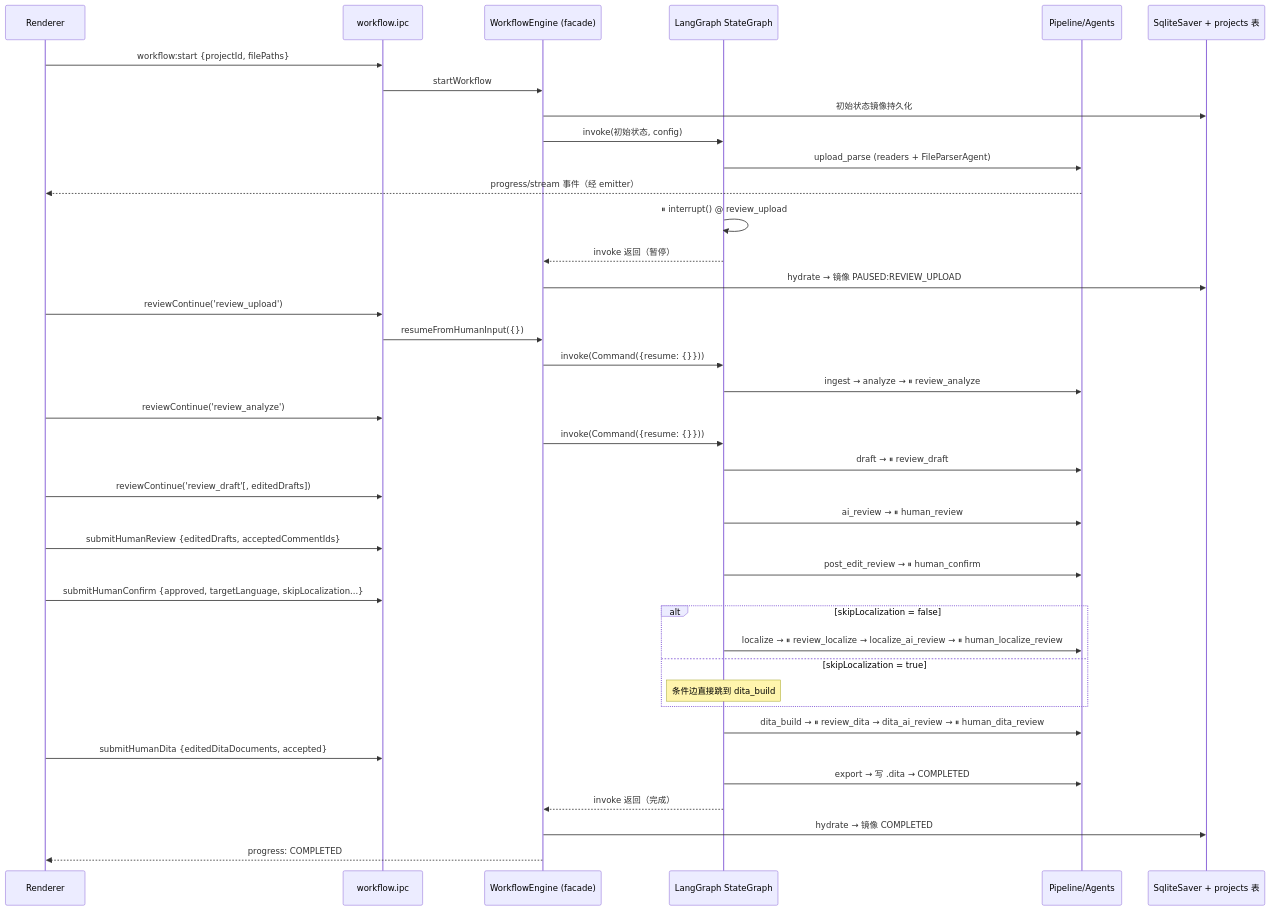
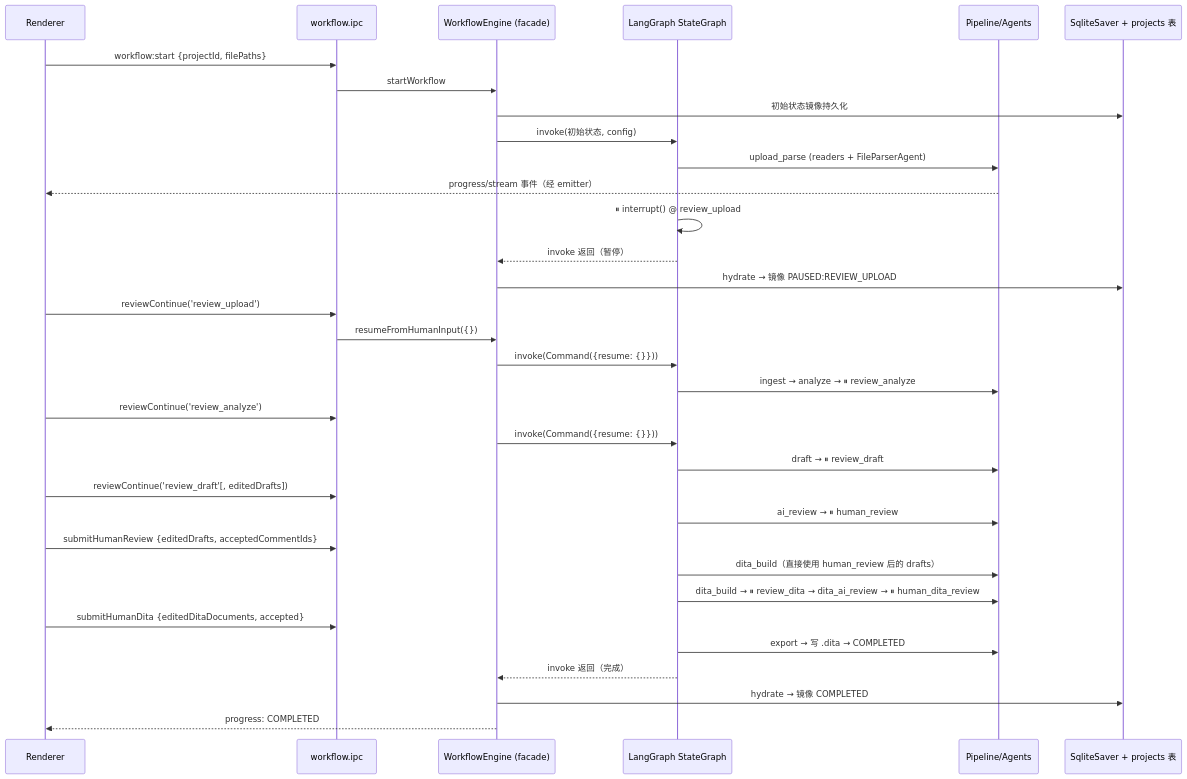
Before and after one commit to lazyloadbox/smart-tech-writter: the third of 3 diagrams in docs/architecture/03-workflow-engine.md, drawn with Mermaid. The commit also changed other lines of this file and 77 other files, not shown here.

````diff
--- a/docs/architecture/03-workflow-engine.md
+++ b/docs/architecture/03-workflow-engine.md
@@ -127,42 +114,36 @@
 ```mermaid
 sequenceDiagram
     participant UI as Renderer
     participant IPC as workflow.ipc
     participant E as WorkflowEngine (facade)
     participant G as LangGraph StateGraph
     participant P as Pipeline/Agents
     participant DB as SqliteSaver + projects 表
 
     UI->>IPC: workflow:start {projectId, filePaths}
     IPC->>E: startWorkflow
     E->>DB: 初始状态镜像持久化
     E->>G: invoke(初始状态, config)
     G->>P: upload_parse (readers + FileParserAgent)
     P-->>UI: progress/stream 事件（经 emitter）
     G->>G: ⏸ interrupt() @ review_upload
     G-->>E: invoke 返回（暂停）
     E->>DB: hydrate → 镜像 PAUSED:REVIEW_UPLOAD
     UI->>IPC: reviewContinue('review_upload')
     IPC->>E: resumeFromHumanInput({})
     E->>G: invoke(Command({resume: {}}))
     G->>P: ingest → analyze → ⏸ review_analyze
     UI->>IPC: reviewContinue('review_analyze')
     E->>G: invoke(Command({resume: {}}))
     G->>P: draft → ⏸ review_draft
     UI->>IPC: reviewContinue('review_draft'[, editedDrafts])
     G->>P: ai_review → ⏸ human_review
     UI->>IPC: submitHumanReview {editedDrafts, acceptedCommentIds}
-    G->>P: post_edit_review → ⏸ human_confirm
-    UI->>IPC: submitHumanConfirm {approved, targetLanguage, skipLocalization...}
-    alt skipLocalization = false
-        G->>P: localize → ⏸ review_localize → localize_ai_review → ⏸ human_localize_review
-    else skipLocalization = true
-        Note over G: 条件边直接跳到 dita_build
-    end
+    G->>P: dita_build（直接使用 human_review 后的 drafts）
     G->>P: dita_build → ⏸ review_dita → dita_ai_review → ⏸ human_dita_review
     UI->>IPC: submitHumanDita {editedDitaDocuments, accepted}
     G->>P: export → 写 .dita → COMPLETED
     G-->>E: invoke 返回（完成）
     E->>DB: hydrate → 镜像 COMPLETED
     E-->>UI: progress: COMPLETED
 ```
````
